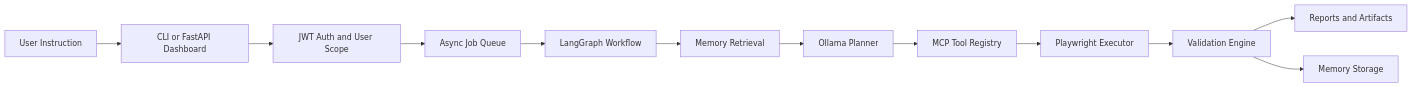
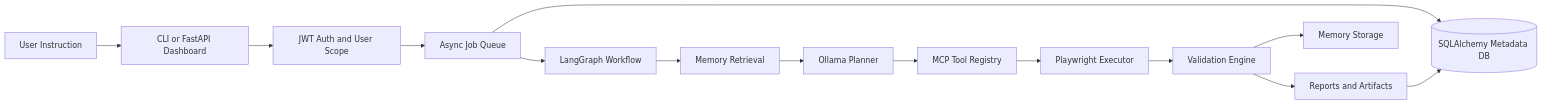
Before and after one commit to nexusBL/SentinelAI: the diagram in docs/ARCHITECTURE.md, drawn with Mermaid. The commit also changed other lines of this file and 34 other files, not shown here.

````diff
--- a/docs/ARCHITECTURE.md
+++ b/docs/ARCHITECTURE.md
@@ -20,14 +21,16 @@
 ```mermaid
 flowchart LR
     U[User Instruction] --> Entry[CLI or FastAPI Dashboard]
     Entry --> Auth[JWT Auth and User Scope]
     Auth --> Jobs[Async Job Queue]
+    Jobs --> DB[(SQLAlchemy Metadata DB)]
     Jobs --> Graph[LangGraph Workflow]
     Graph --> Retrieve[Memory Retrieval]
     Retrieve --> Planner[Ollama Planner]
     Planner --> Tools[MCP Tool Registry]
     Tools --> Browser[Playwright Executor]
     Browser --> Validate[Validation Engine]
     Validate --> Artifacts[Reports and Artifacts]
+    Artifacts --> DB
     Validate --> Store[Memory Storage]
 ```
````
